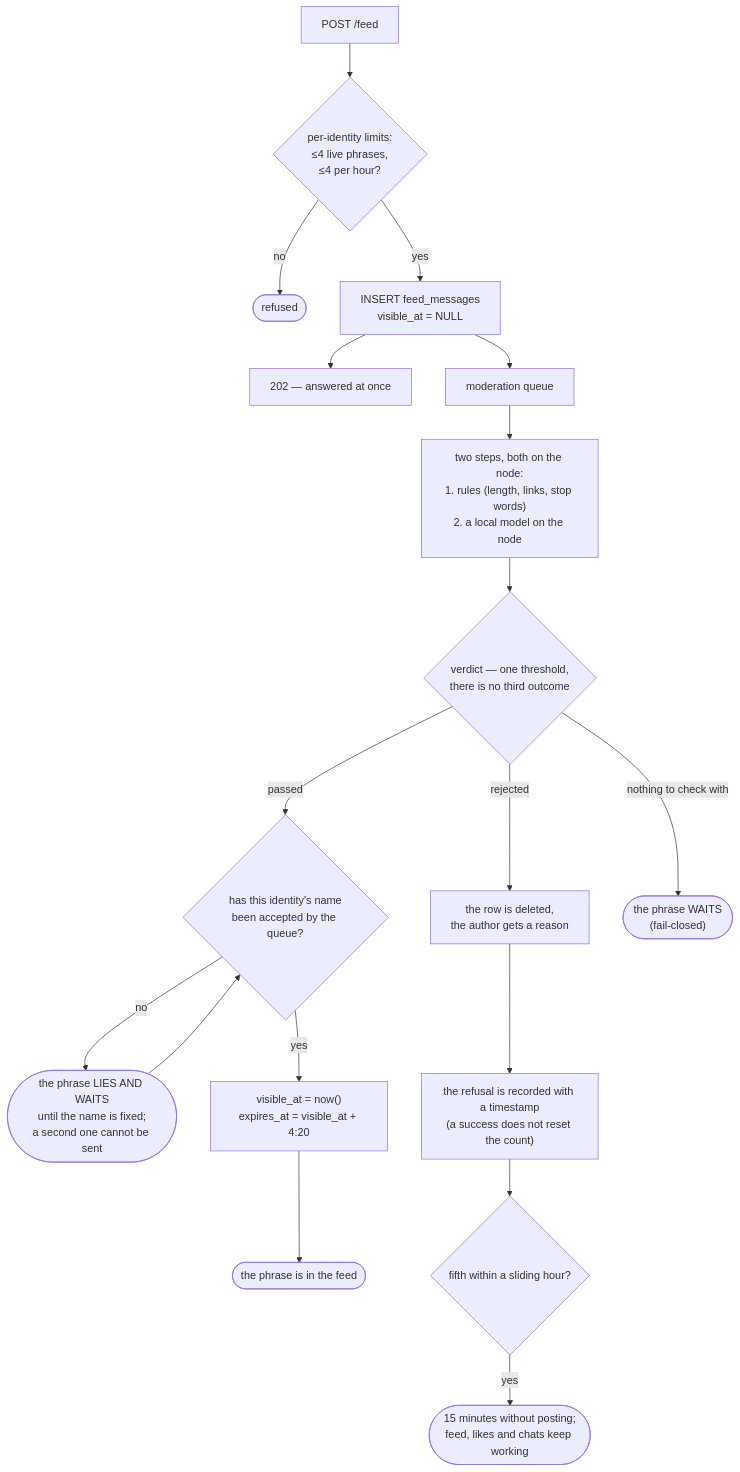
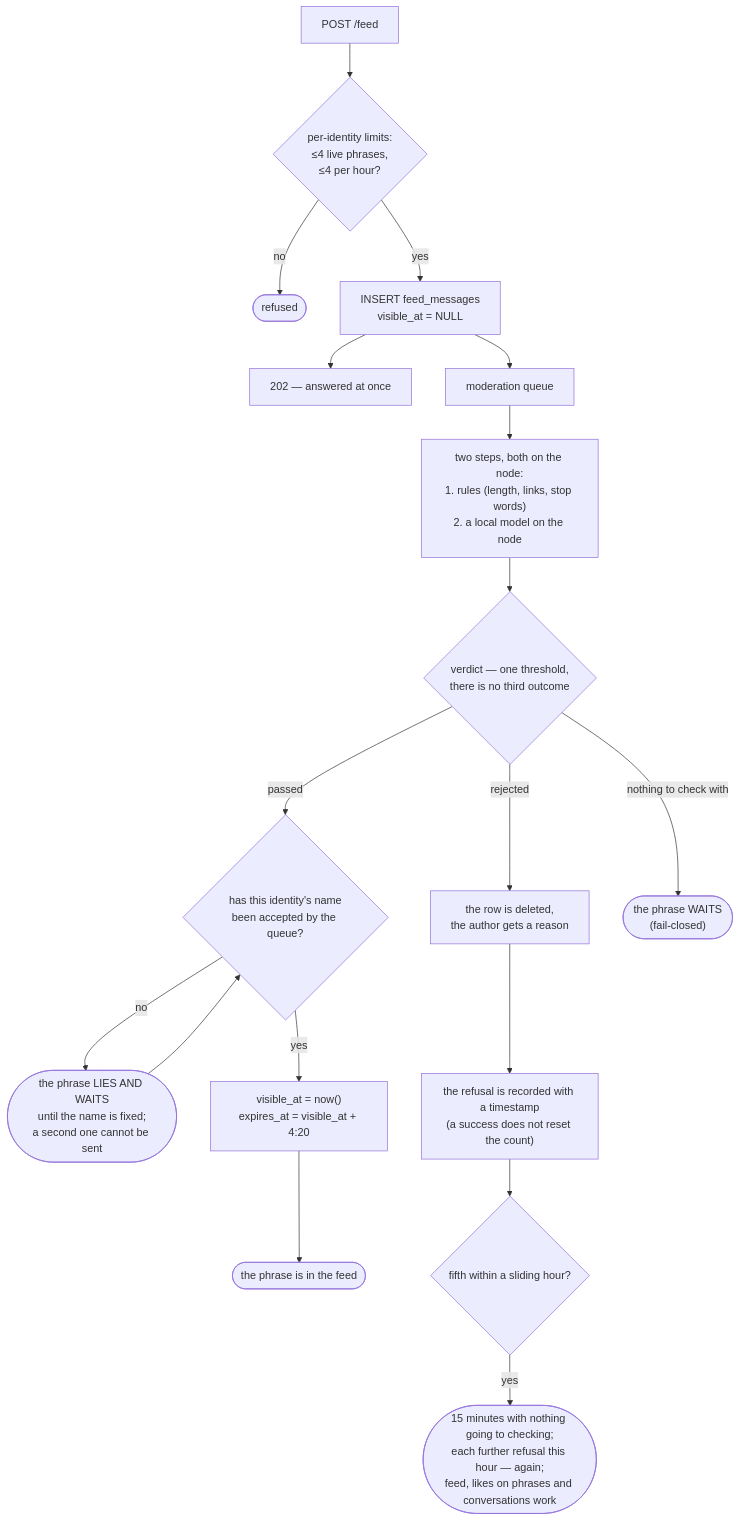
The seventh of 30 diagrams in docs/chat-flows_EN.md (panov-id/xor.ad), drawn with Mermaid before and after one commit. The commit also changed 7 other files, not shown here.

````diff
--- a/docs/chat-flows_EN.md
+++ b/docs/chat-flows_EN.md
@@ -222,20 +222,20 @@
 ```mermaid
 flowchart TD
   post["POST /feed"] --> limits{"per-identity limits:<br/>≤4 live phrases,<br/>≤4 per hour?"}
   limits -- "no" --> refuse(["refused"])
   limits -- "yes" --> insert["INSERT feed_messages<br/>visible_at = NULL"]
   insert --> ans["202 — answered at once"]
   insert --> queue["moderation queue"]
   queue --> ladder["two steps, both on the node:<br/>1. rules #40;length, links, stop words#41;<br/>2. a local model on the node"]
   ladder --> verdict{"verdict — one threshold,<br/>there is no third outcome"}
   verdict -- "passed" --> name{"has this identity's name<br/>been accepted by the queue?"}
   name -- "no" --> hold(["the phrase LIES AND WAITS<br/>until the name is fixed;<br/>a second one cannot be sent"])
   hold --> name
   name -- "yes" --> live["visible_at = now#40;#41;<br/>expires_at = visible_at + 4:20"]
   live --> shown(["the phrase is in the feed"])
   verdict -- "rejected" --> del["the row is deleted,<br/>the author gets a reason"]
   del --> count["the refusal is recorded with a timestamp<br/>#40;a success does not reset the count#41;"]
   count --> block{"fifth within a sliding hour?"}
-  block -- "yes" --> mute(["15 minutes without posting;<br/>feed, likes and chats keep working"])
+  block -- "yes" --> mute(["15 minutes with nothing going to checking;<br/>each further refusal this hour — again;<br/>feed, likes on phrases and conversations work"])
   verdict -- "nothing to check with" --> wait(["the phrase WAITS<br/>#40;fail-closed#41;"])
 ```
````
